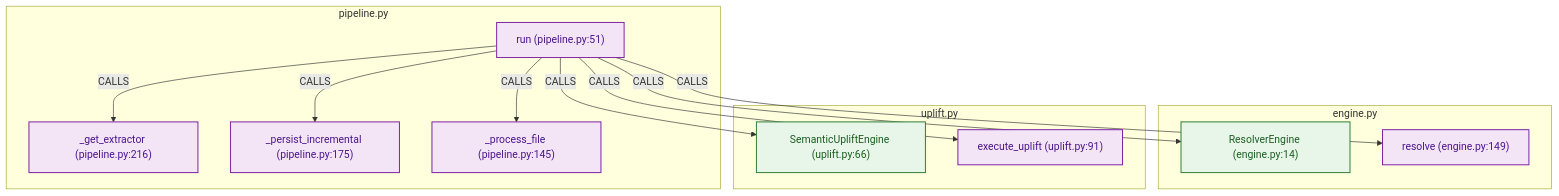
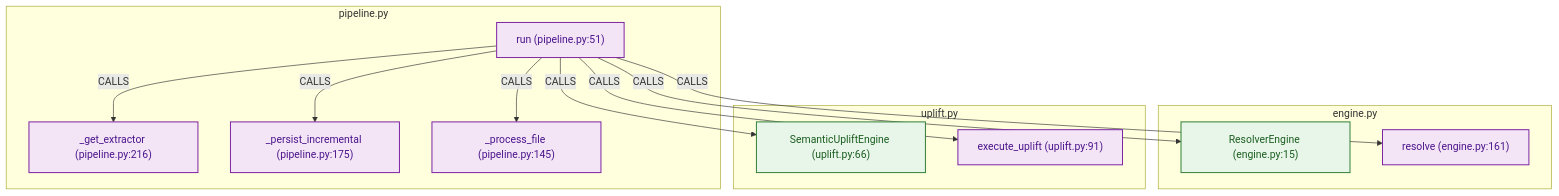
Before and after one commit to zaebee/codegraph-brain: the second of 2 diagrams in README.md, drawn with Mermaid. The commit also changed other lines of this file and 1 other file, not shown here.

Commit message:
docs: auto-sync architecture graph and MCP reference (#168)

````diff
--- a/README.md
+++ b/README.md
@@ -92,32 +92,32 @@
 ```mermaid
 graph TD
 classDef classNode fill:#e8f5e9,stroke:#2e7d32,stroke-width:1.5px,color:#1b5e20;
 classDef funcNode fill:#e3f2fd,stroke:#1565c0,stroke-width:1.5px,color:#0d47a1;
 classDef methodNode fill:#f3e5f5,stroke:#7b1fa2,stroke-width:1.5px,color:#4a148c;
 classDef unresolvedNode fill:#fffde7,stroke:#fbc02d,stroke-width:1.5px,stroke-dasharray: 4 4,color:#f57f17;
 classDef defaultNode fill:#fafafa,stroke:#9e9e9e,stroke-width:1.5px,color:#212121;
 classDef stdlibNode fill:#eceff1,stroke:#607d8b,stroke-width:1px,color:#455a64;
 classDef externalNode fill:#fff3e0,stroke:#e65100,stroke-width:1px,stroke-dasharray: 3 3,color:#bf360c;
 
     subgraph n_9881ca900b7c44fd13c9206dbb6b1f1c["pipeline.py"]
         n_0f875e605375c329869f67b3fb05ca43["_get_extractor (pipeline.py:216)"]:::methodNode
         n_705d8fa6977288feb6d561fe353917bd["_persist_incremental (pipeline.py:175)"]:::methodNode
         n_69ab802205de25759be41c9155266b2c["_process_file (pipeline.py:145)"]:::methodNode
         n_380356b2071cde8dd55ba6287e99bd8a["run (pipeline.py:51)"]:::methodNode
     end
     subgraph n_724e82bcada88588298dcf4c3336e3f5["engine.py"]
-        n_ebda4de8e05ef057deb454e72894302d["ResolverEngine (engine.py:14)"]:::classNode
-        n_e75ca2e29418d9c85a1a14b7069c25d9["resolve (engine.py:149)"]:::methodNode
+        n_ebda4de8e05ef057deb454e72894302d["ResolverEngine (engine.py:15)"]:::classNode
+        n_e75ca2e29418d9c85a1a14b7069c25d9["resolve (engine.py:161)"]:::methodNode
     end
     subgraph n_b64d9821d81a859afcf762f9892f0b4a["uplift.py"]
         n_2dda32fbe79232f92feae85b97527aff["SemanticUpliftEngine (uplift.py:66)"]:::classNode
         n_aafcdc9602017019ffdfedea66173d0e["execute_uplift (uplift.py:91)"]:::methodNode
     end
     n_380356b2071cde8dd55ba6287e99bd8a -->|CALLS| n_0f875e605375c329869f67b3fb05ca43
     n_380356b2071cde8dd55ba6287e99bd8a -->|CALLS| n_69ab802205de25759be41c9155266b2c
     n_380356b2071cde8dd55ba6287e99bd8a -->|CALLS| n_ebda4de8e05ef057deb454e72894302d
     n_380356b2071cde8dd55ba6287e99bd8a -->|CALLS| n_e75ca2e29418d9c85a1a14b7069c25d9
     n_380356b2071cde8dd55ba6287e99bd8a -->|CALLS| n_705d8fa6977288feb6d561fe353917bd
     n_380356b2071cde8dd55ba6287e99bd8a -->|CALLS| n_aafcdc9602017019ffdfedea66173d0e
     n_380356b2071cde8dd55ba6287e99bd8a -->|CALLS| n_2dda32fbe79232f92feae85b97527aff
 ```
````
